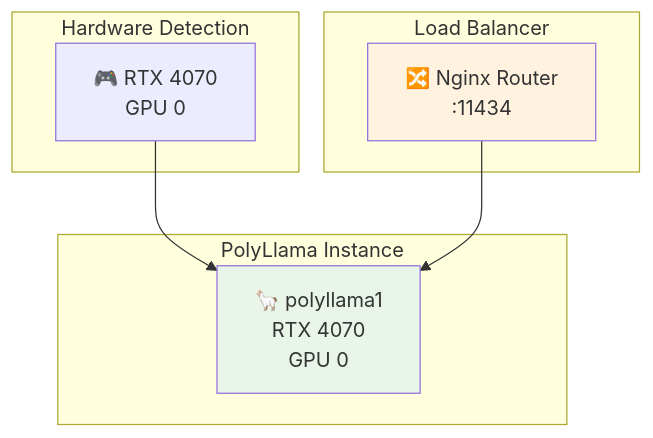
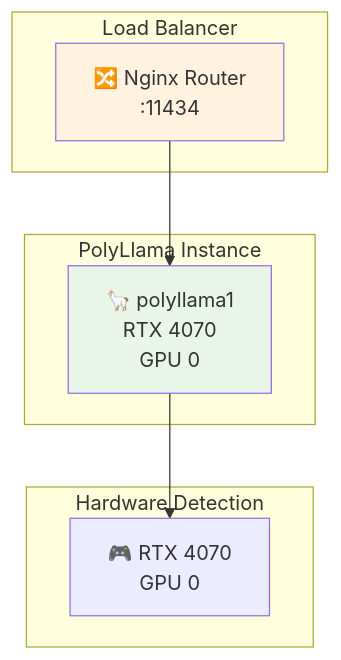
The second of 6 diagrams in README.md (mode3cloud/PolyLlama), drawn with Mermaid before and after one commit. The commit also changed other lines of this file and 48 other files, not shown here.

````diff
--- a/README.md
+++ b/README.md
@@ -79,20 +79,20 @@
 ```mermaid
-graph TB
-    subgraph "Hardware Detection"
-        GPU0["🎮 RTX 4070<br/>GPU 0"]
-    end
-    
-    subgraph "PolyLlama Instance"
-        P1["🦙 polyllama1<br/>RTX 4070<br/>GPU 0"]
-    end
-    
-    subgraph "Load Balancer"
-        Router["🔀 Nginx Router<br/>:11434"]
-    end
-    
-    GPU0 --> P1
-    Router --> P1
-    
-    style P1 fill:#e8f5e8
-    style Router fill:#fff3e0
+graph TD
+  subgraph "Load Balancer"
+    Router["🔀 Nginx Router<br/>:11434"]
+  end
+
+  subgraph "PolyLlama Instance"
+    P1["🦙 polyllama1<br/>RTX 4070<br/>GPU 0"]
+  end
+
+  subgraph "Hardware Detection"
+    GPU0["🎮 RTX 4070<br/>GPU 0"]
+  end
+
+  Router --> P1
+  P1 --> GPU0
+
+  style P1 fill:#e8f5e8
+  style Router fill:#fff3e0
 ```
````
